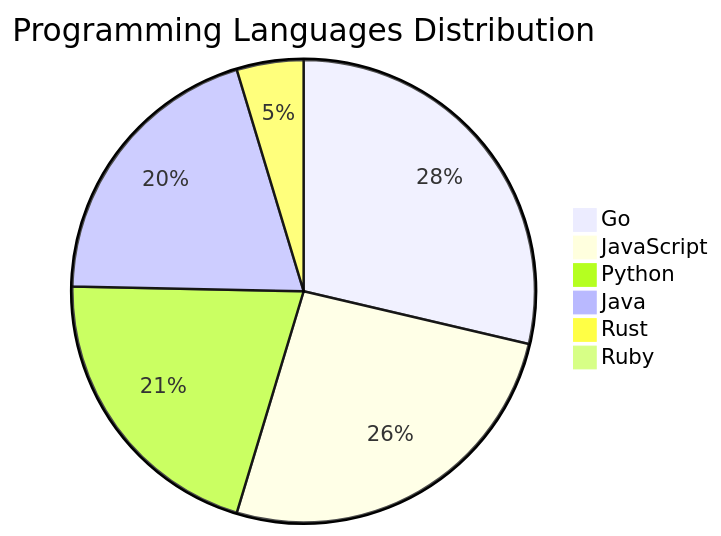
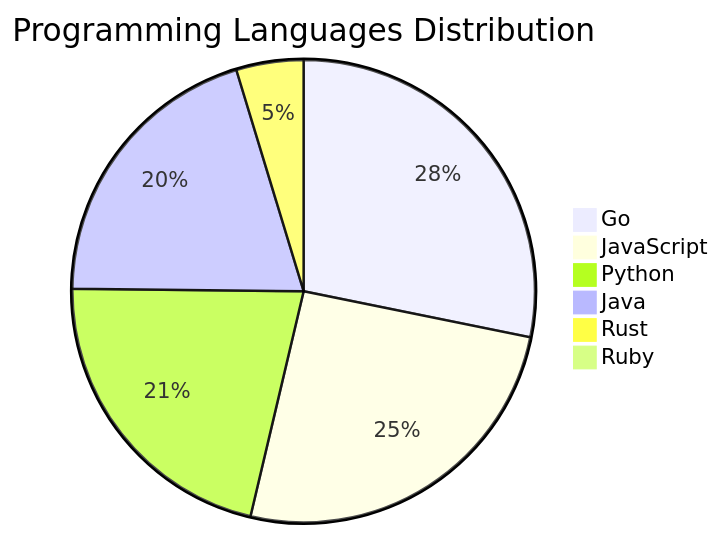
One commit to Derrick-MUGISHA/github-activity-bot changed the diagram in README.md. Above: the diagram before and after it, drawn with Mermaid. The commit also changed other lines of this file and 4 other files, not shown here.

````diff
--- a/README.md
+++ b/README.md
@@ -206,9 +206,9 @@
 ```mermaid
 pie title Programming Languages Distribution
-    "Go" : 43
-    "JavaScript" : 39
-    "Python" : 31
+    "Go" : 42
+    "JavaScript" : 38
+    "Python" : 32
     "Java" : 30
     "Rust" : 7
     "Ruby" : 1
 ```
````
